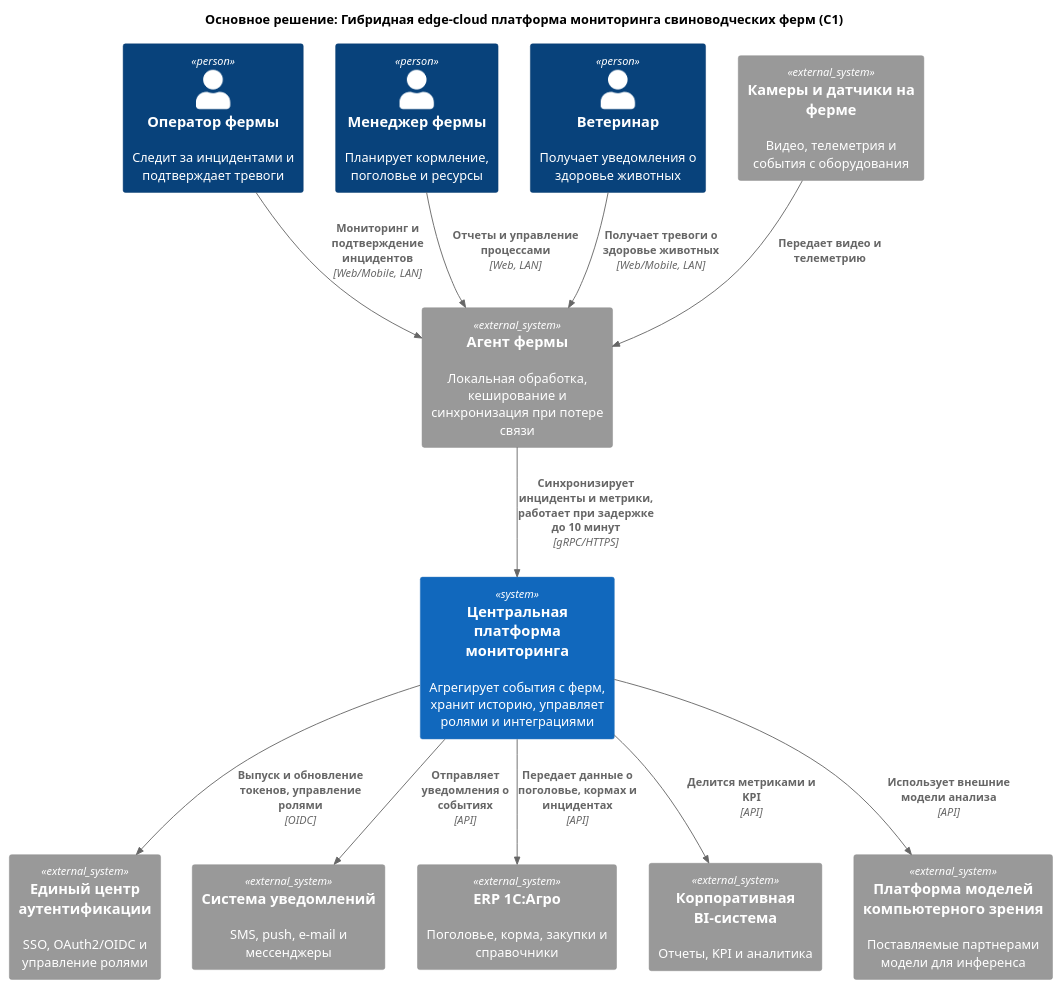
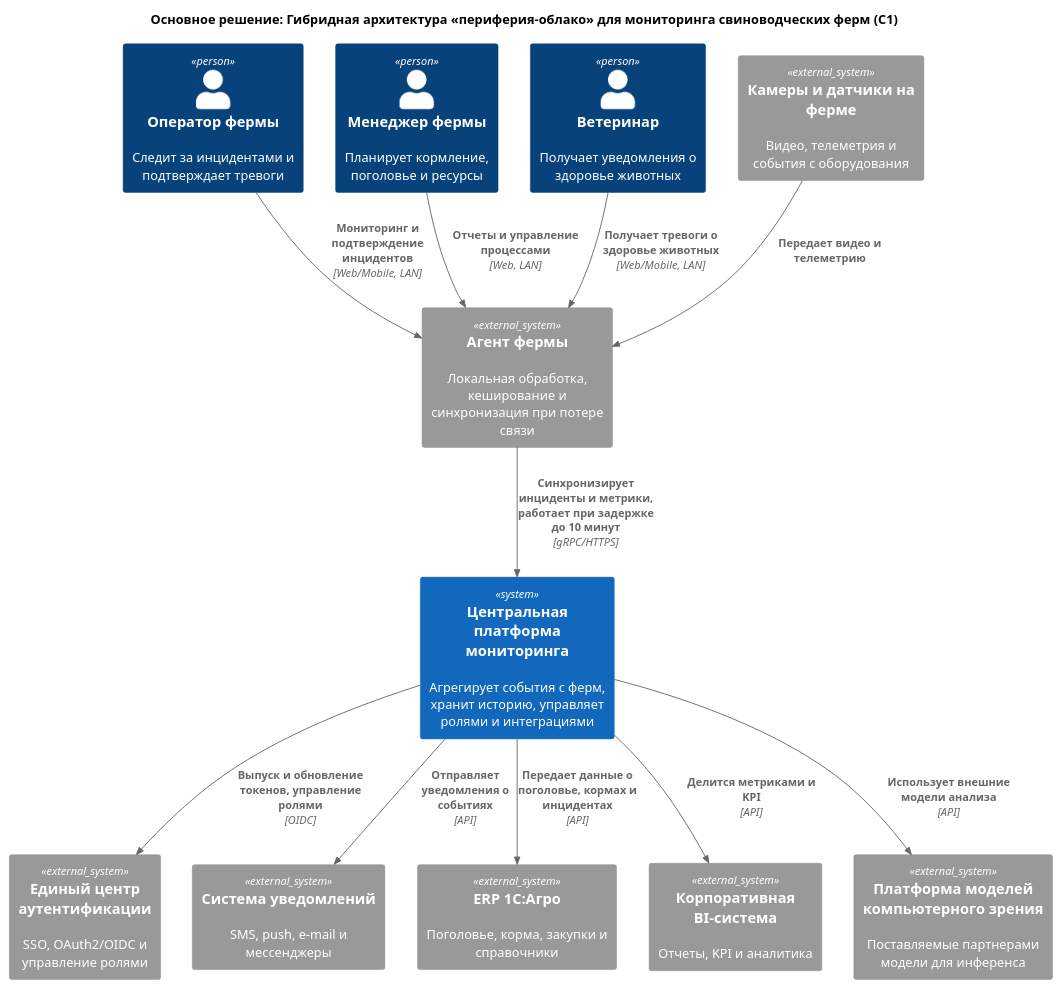
Before and after one commit to AlexanderNkn/MSA-AgroTech: the diagram in Task1/001-c1-main.puml, drawn with PlantUML. The commit also changed 13 other files, not shown here.

```diff
--- a/Task1/001-c1-main.puml
+++ b/Task1/001-c1-main.puml
@@ -1,31 +1,31 @@
 @startuml Основное_решение_C1
 !include <C4/C4_Context>
 
-title Основное решение: Гибридная edge-cloud платформа мониторинга свиноводческих ферм (C1)
+title Основное решение: Гибридная архитектура «периферия-облако» для мониторинга свиноводческих ферм (C1)
 
 Person(operator, "Оператор фермы", "Следит за инцидентами и подтверждает тревоги")
 Person(farm_manager, "Менеджер фермы", "Планирует кормление, поголовье и ресурсы")
 Person(veterinarian, "Ветеринар", "Получает уведомления о здоровье животных")
 
 System(central_platform, "Центральная платформа мониторинга", "Агрегирует события с ферм, хранит историю, управляет ролями и интеграциями")
 
 System_Ext(farm_agent, "Агент фермы", "Локальная обработка, кеширование и синхронизация при потере связи")
 System_Ext(cameras, "Камеры и датчики на ферме", "Видео, телеметрия и события с оборудования")
 System_Ext(idp, "Единый центр аутентификации", "SSO, OAuth2/OIDC и управление ролями")
 System_Ext(notification_system, "Система уведомлений", "SMS, push, e-mail и мессенджеры")
 System_Ext(erp_system, "ERP 1C:Агро", "Поголовье, корма, закупки и справочники")
 System_Ext(bi_system, "Корпоративная BI-система", "Отчеты, KPI и аналитика")
 System_Ext(ml_platform, "Платформа моделей компьютерного зрения", "Поставляемые партнерами модели для инференса")
 
 Rel(cameras, farm_agent, "Передает видео и телеметрию")
 Rel(farm_agent, central_platform, "Синхронизирует инциденты и метрики, работает при задержке до 10 минут", "gRPC/HTTPS")
 Rel(operator, farm_agent, "Мониторинг и подтверждение инцидентов", "Web/Mobile, LAN")
 Rel(farm_manager, farm_agent, "Отчеты и управление процессами", "Web, LAN")
 Rel(veterinarian, farm_agent, "Получает тревоги о здоровье животных", "Web/Mobile, LAN")
 Rel(central_platform, idp, "Выпуск и обновление токенов, управление ролями", "OIDC")
 Rel(central_platform, notification_system, "Отправляет уведомления о событиях", "API")
 Rel(central_platform, erp_system, "Передает данные о поголовье, кормах и инцидентах", "API")
 Rel(central_platform, bi_system, "Делится метриками и KPI", "API")
 Rel(central_platform, ml_platform, "Использует внешние модели анализа", "API")
 
 @enduml
```
